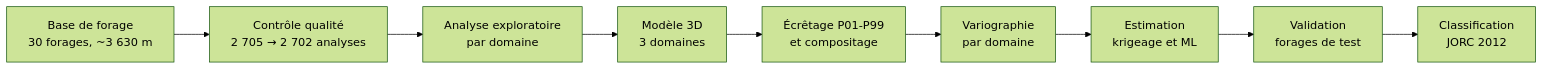
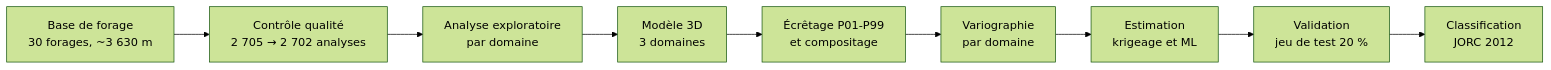
One commit to emmanuelnoualeu/estimation-fe-krigeage-ml changed the diagram in README.md. Above: the diagram before and after it, drawn with Mermaid (forest theme). The commit also changed other lines of this file and 1 other file, not shown here.

First line of the commit message:
Chiffres alignés sur le mémoire : RMSE krigeage 5,34, protocole de test réel, lien vers l'étude détaillée

````diff
--- a/README.md
+++ b/README.md
@@ -47,11 +51,11 @@
 ```mermaid
 flowchart LR
     A["Base de forage<br/>30 forages, ~3 630 m"] --> B["Contrôle qualité<br/>2 705 → 2 702 analyses"]
     B --> C["Analyse exploratoire<br/>par domaine"]
     C --> D["Modèle 3D<br/>3 domaines"]
     D --> E["Écrêtage P01-P99<br/>et compositage"]
     E --> F["Variographie<br/>par domaine"]
     F --> G["Estimation<br/>krigeage et ML"]
-    G --> H["Validation<br/>forages de test"]
+    G --> H["Validation<br/>jeu de test 20 %"]
     H --> I["Classification<br/>JORC 2012"]
 ```
````
